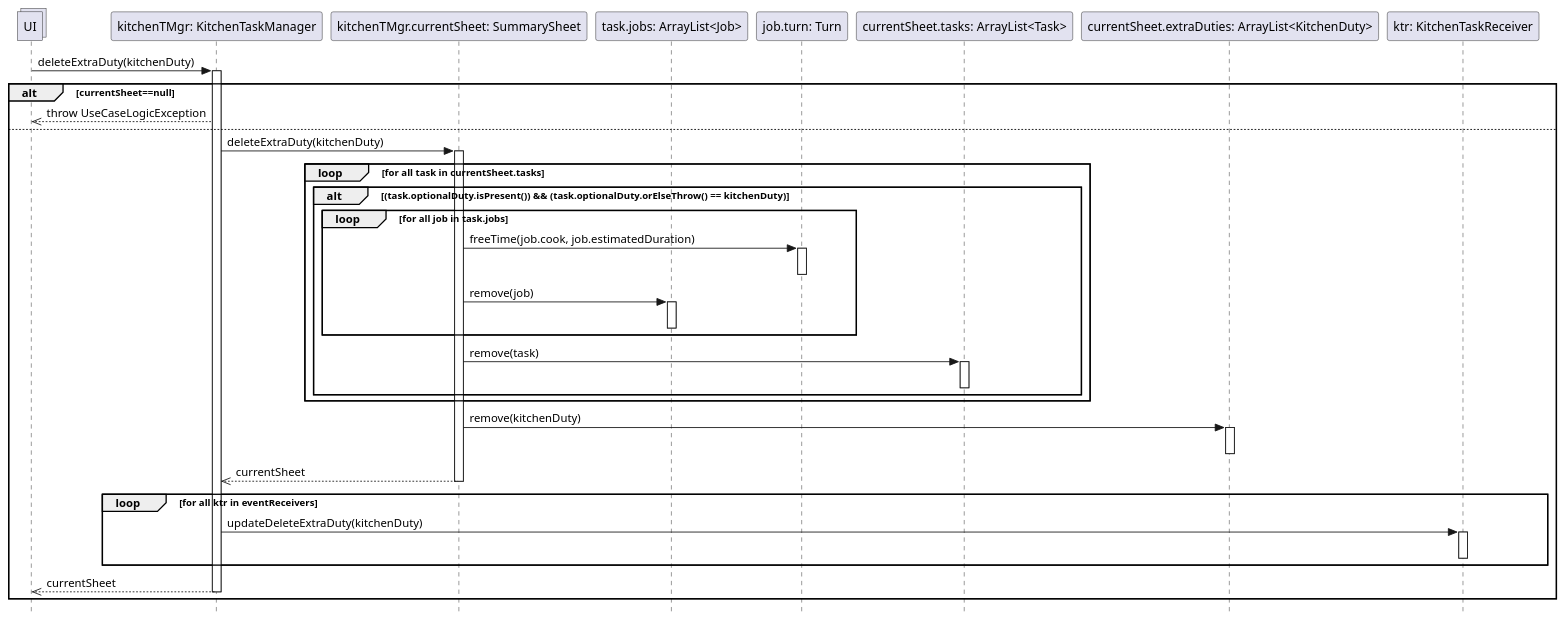
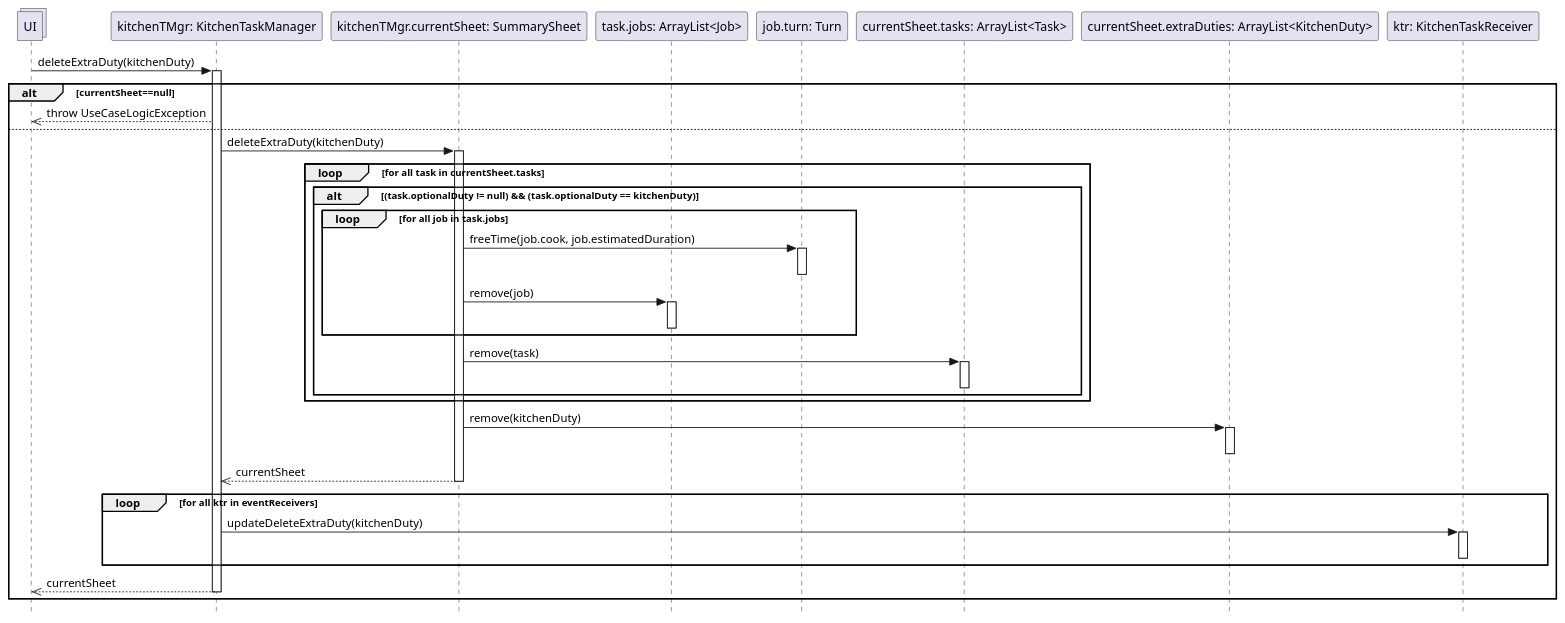
One commit to stefa168/sas-project changed the diagram in DSD Operazione 2a.1.puml. Above: the diagram before and after it, drawn with PlantUML.

Commit message:
Rimossa la dipendenza dagli Optional

```diff
--- a/DSD Operazione 2a.1.puml
+++ b/DSD Operazione 2a.1.puml
@@ -1,62 +1,62 @@
 @startuml Operazione 2a.1
 skinparam Style strictuml
 
 collections UI
 
 participant "kitchenTMgr: KitchenTaskManager" as ktm
 UI -> ktm: deleteExtraDuty(kitchenDuty)
 activate ktm
 
 alt currentSheet==null
     UI <<-- ktm: throw UseCaseLogicException
 else
     participant "kitchenTMgr.currentSheet: SummarySheet" as ss
     ktm -> ss: deleteExtraDuty(kitchenDuty)
     activate ss
 
     loop for all task in currentSheet.tasks
-        alt (task.optionalDuty.isPresent()) && (task.optionalDuty.orElseThrow() == kitchenDuty)
+        alt (task.optionalDuty != null) && (task.optionalDuty == kitchenDuty)
             loop for all job in task.jobs
                 participant "task.jobs: ArrayList<Job>" as j
                 participant "job.turn: Turn" as jobTurn
 
                 ss -> jobTurn: freeTime(job.cook, job.estimatedDuration)
                 activate jobTurn
                 deactivate jobTurn
 
                 ss -> j: remove(job)
                 activate j
                 deactivate j
             end
 
             participant "currentSheet.tasks: ArrayList<Task>" as tasks
             ss -> tasks: remove(task)
             activate tasks
             deactivate tasks
         end
     end
     
     participant "currentSheet.extraDuties: ArrayList<KitchenDuty>" as kdList
     ss -> kdList: remove(kitchenDuty)
     activate kdList
     deactivate kdList
     
     ktm <<-- ss: currentSheet
     deactivate ss
 
     participant "ktr: KitchenTaskReceiver" as ktr
 
 
     loop for all ktr in eventReceivers
         ktm -> ktr : updateDeleteExtraDuty(kitchenDuty)
         activate ktr
         deactivate ktr
     end
 
     UI <<-- ktm : currentSheet
     deactivate ktm
 
     
 end
 
 @enduml
```
